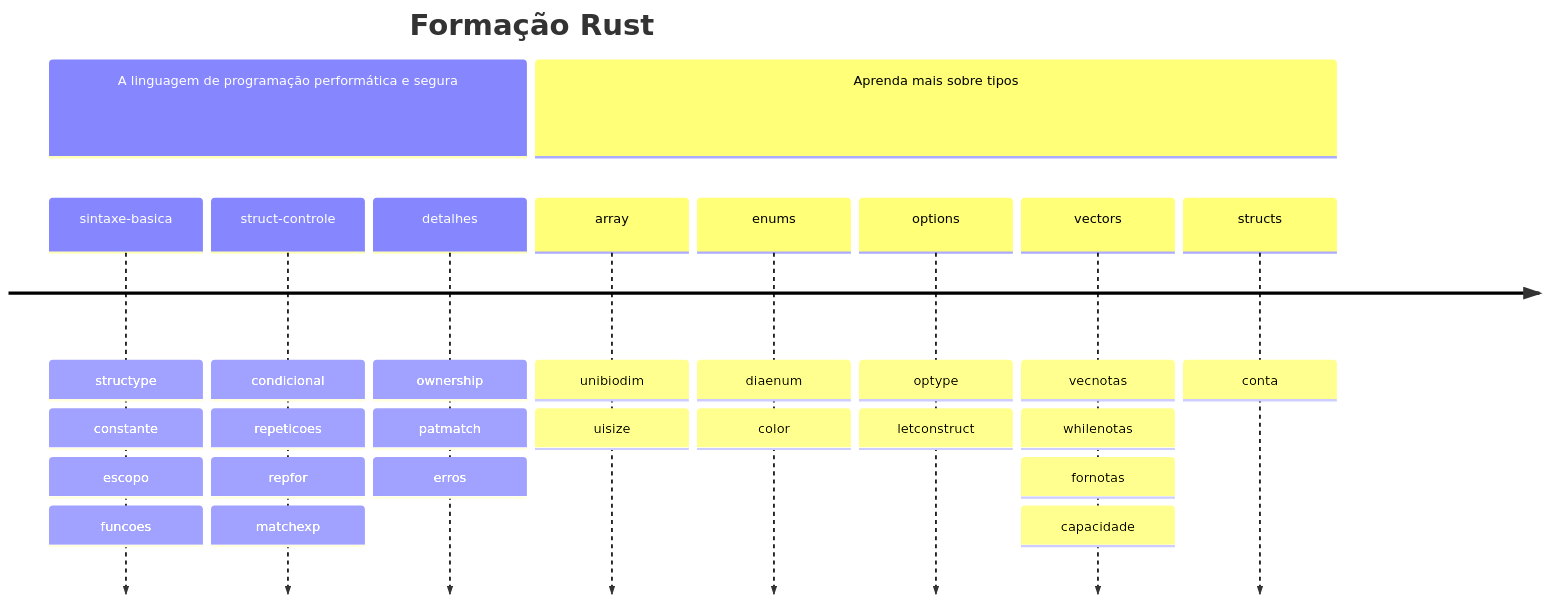
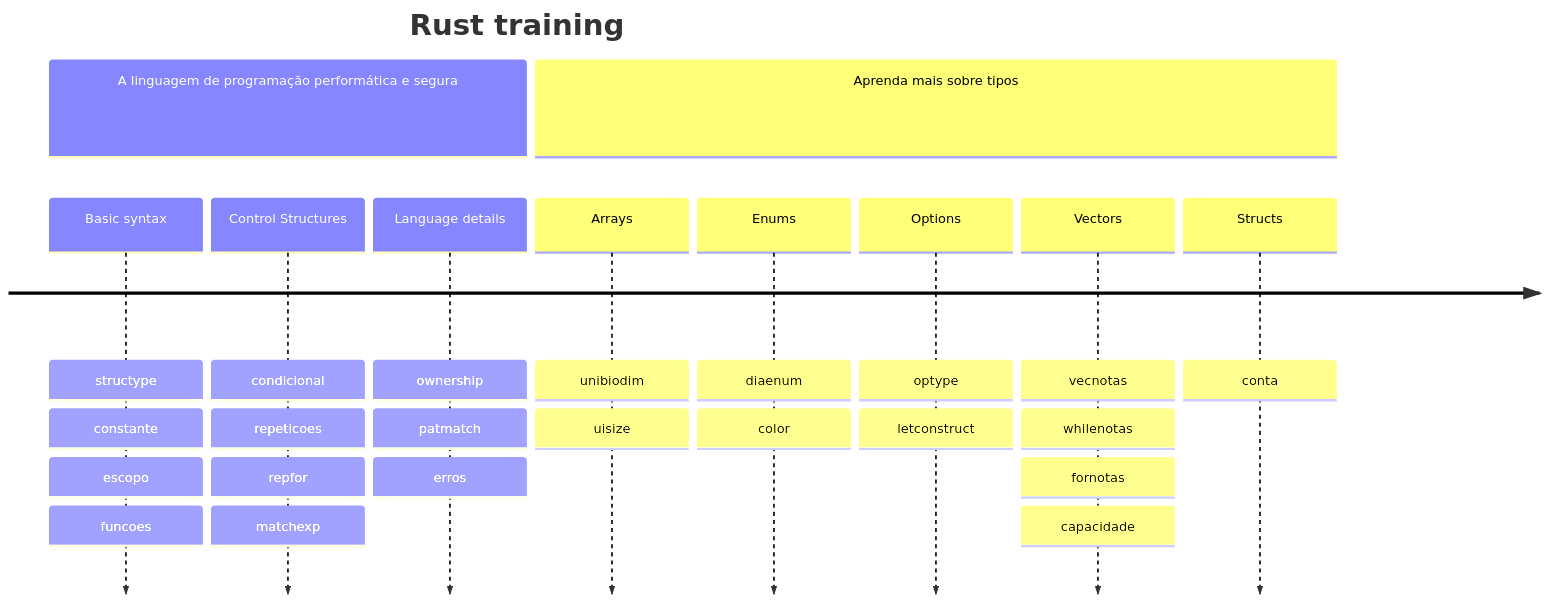
One commit to elizaespinoza/treina-rust changed the diagram in README.md. Above: the diagram before and after it, drawn with Mermaid. The commit also changed other lines of this file, not shown here.

Commit message:
docs(readme): translate titles to maintain language uniformity
main

````diff
--- a/README.md
+++ b/README.md
@@ -7,15 +7,15 @@
 ```mermaid
 timeline
-        title Formação Rust
+        title Rust training
         section A linguagem de programação performática e segura
-          sintaxe-basica : structype : constante : escopo
+          Basic syntax : structype : constante : escopo
                : funcoes
-          struct-controle : condicional : repeticoes : repfor : matchexp
-          detalhes : ownership : patmatch : erros
+          Control Structures : condicional : repeticoes : repfor : matchexp
+          Language details : ownership : patmatch : erros
         section Aprenda mais sobre tipos
-          array : unibiodim : uisize
-          enums : diaenum : color
-          options : optype : letconstruct
-          vectors : vecnotas : whilenotas : fornotas : capacidade
-          structs : conta
+          Arrays : unibiodim : uisize
+          Enums : diaenum : color
+          Options : optype : letconstruct
+          Vectors : vecnotas : whilenotas : fornotas : capacidade
+          Structs : conta
 ```
````
